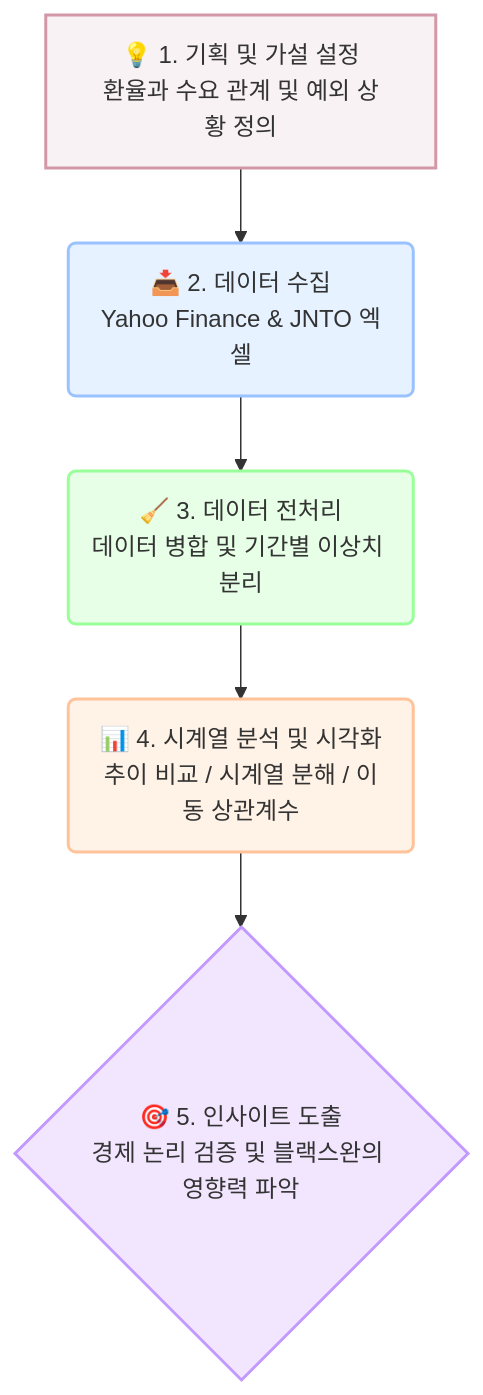
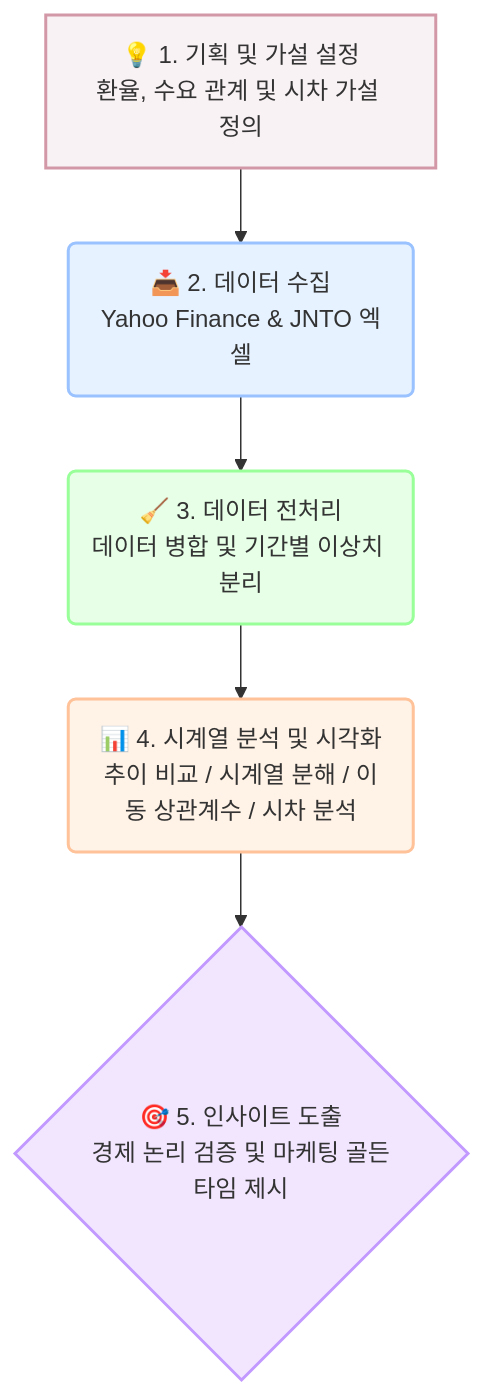
The diagram in README.md (mustiolla/japan-travel-analysis), drawn with Mermaid before and after one commit. The commit also changed other lines of this file and 5 other files, not shown here.

````diff
--- a/README.md
+++ b/README.md
@@ -8,14 +8,14 @@
 ```mermaid
 graph TD
-    A[💡 1. 기획 및 가설 설정<br>환율과 수요 관계 및 예외 상황 정의] --> B(📥 2. 데이터 수집<br>Yahoo Finance & JNTO 엑셀)
+    A[💡 1. 기획 및 가설 설정<br>환율, 수요 관계 및 시차 가설 정의] --> B(📥 2. 데이터 수집<br>Yahoo Finance & JNTO 엑셀)
     B --> C(🧹 3. 데이터 전처리<br>데이터 병합 및 기간별 이상치 분리)
-    C --> D(📊 4. 시계열 분석 및 시각화<br>추이 비교 / 시계열 분해 / 이동 상관계수)
-    D --> E{🎯 5. 인사이트 도출<br>경제 논리 검증 및 블랙스완의 영향력 파악}
+    C --> D(📊 4. 시계열 분석 및 시각화<br>추이 비교 / 시계열 분해 / 이동 상관계수 / 시차 분석)
+    D --> E{🎯 5. 인사이트 도출<br>경제 논리 검증 및 마케팅 골든타임 제시}
 
     style A fill:#f9f2f4,stroke:#d398a7,stroke-width:2px
     style B fill:#e6f2ff,stroke:#99c2ff,stroke-width:2px
     style C fill:#e6ffe6,stroke:#99ff99,stroke-width:2px
     style D fill:#fff2e6,stroke:#ffc299,stroke-width:2px
     style E fill:#f2e6ff,stroke:#c299ff,stroke-width:2px
 
 ```
````
